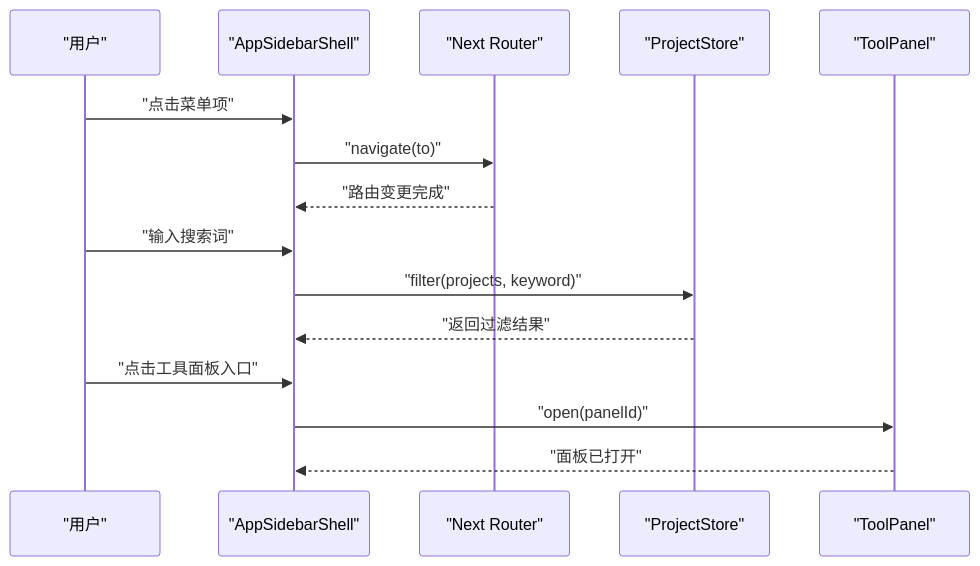
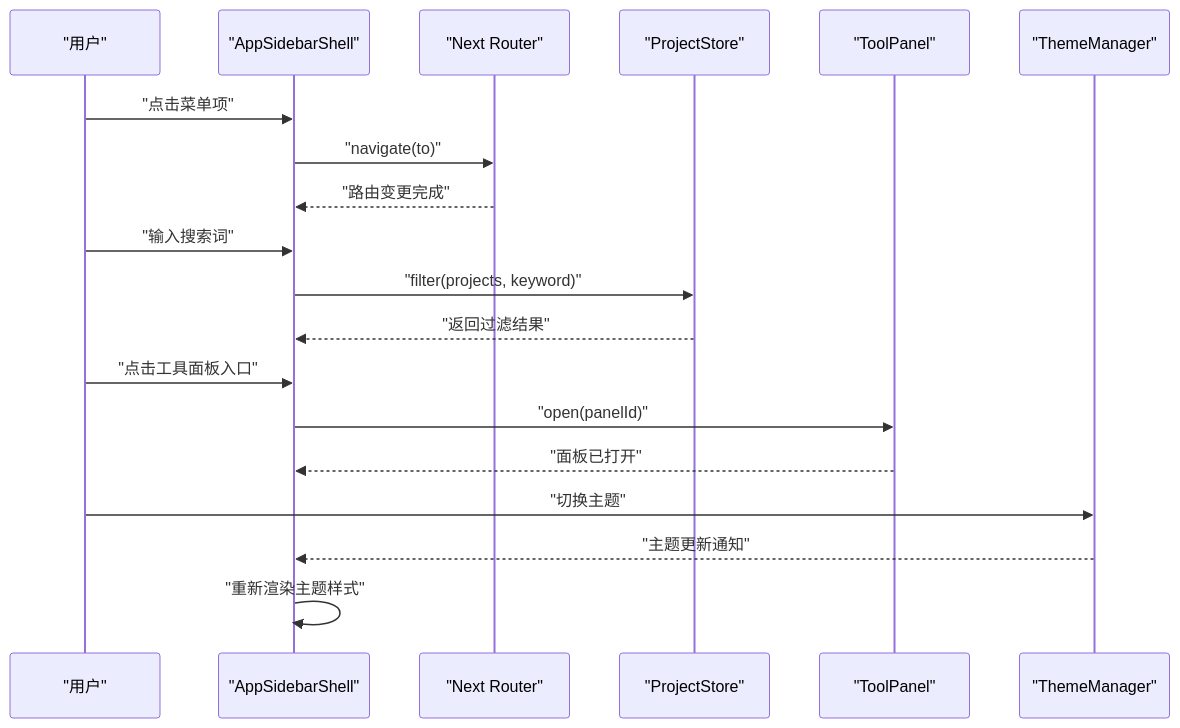
The fourth of 8 diagrams in .qoder/repowiki/zh/content/UI 组件库/业务组件/侧边栏组件.md (AIMFllyYS/code-video-canvas), drawn with Mermaid before and after one commit. The commit also changed other lines of this file and 51 other files, not shown here.

````diff
--- a/.qoder/repowiki/zh/content/UI 组件库/业务组件/侧边栏组件.md
+++ b/.qoder/repowiki/zh/content/UI 组件库/业务组件/侧边栏组件.md
@@ -216,17 +241,21 @@
 ```mermaid
 sequenceDiagram
 participant U as "用户"
 participant S as "AppSidebarShell"
 participant R as "Next Router"
 participant P as "ProjectStore"
 participant T as "ToolPanel"
+participant TM as "ThemeManager"
 U->>S : "点击菜单项"
 S->>R : "navigate(to)"
 R-->>S : "路由变更完成"
 U->>S : "输入搜索词"
 S->>P : "filter(projects, keyword)"
 P-->>S : "返回过滤结果"
 U->>S : "点击工具面板入口"
 S->>T : "open(panelId)"
 T-->>S : "面板已打开"
+U->>TM : "切换主题"
+TM-->>S : "主题更新通知"
+S->>S : "重新渲染主题样式"
 ```
````
